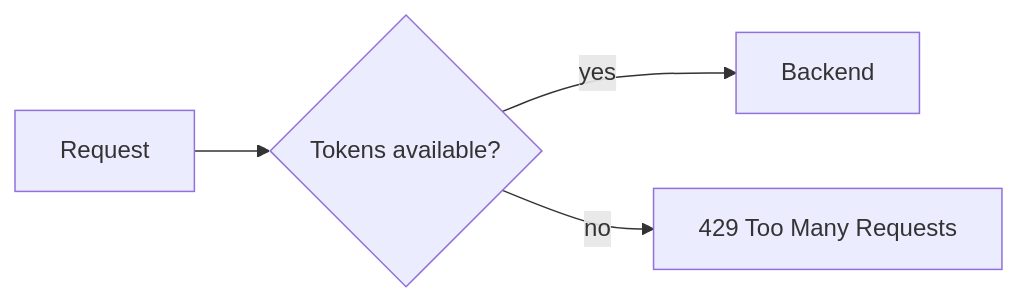
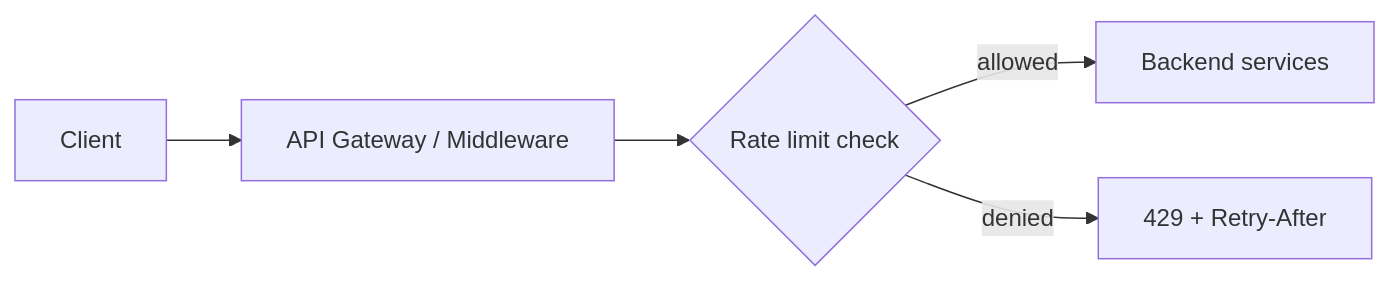
Before and after one commit to hareramcse/SystemDesign: diagram 19 of 22 in 07-api-desing/README.md, drawn with Mermaid. The commit also changed other lines of this file and 8 other files, not shown here.

````diff
--- a/07-api-desing/README.md
+++ b/07-api-desing/README.md
@@ -1026,6 +1027,7 @@
 ```mermaid
 flowchart LR
-    Req[Request] --> Bucket{Tokens available?}
-    Bucket -->|yes| API[Backend]
-    Bucket -->|no| R429[429 Too Many Requests]
+    Client --> GW[API Gateway / Middleware]
+    GW --> RL{Rate limit check}
+    RL -->|allowed| API[Backend services]
+    RL -->|denied| R429[429 + Retry-After]
 ```
````
